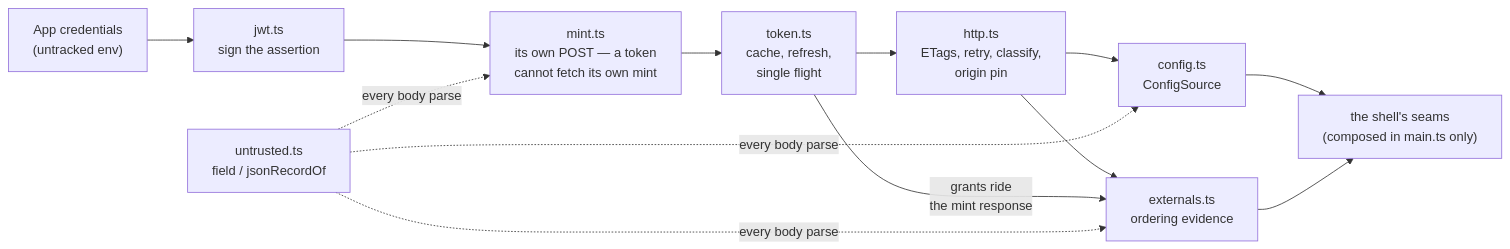
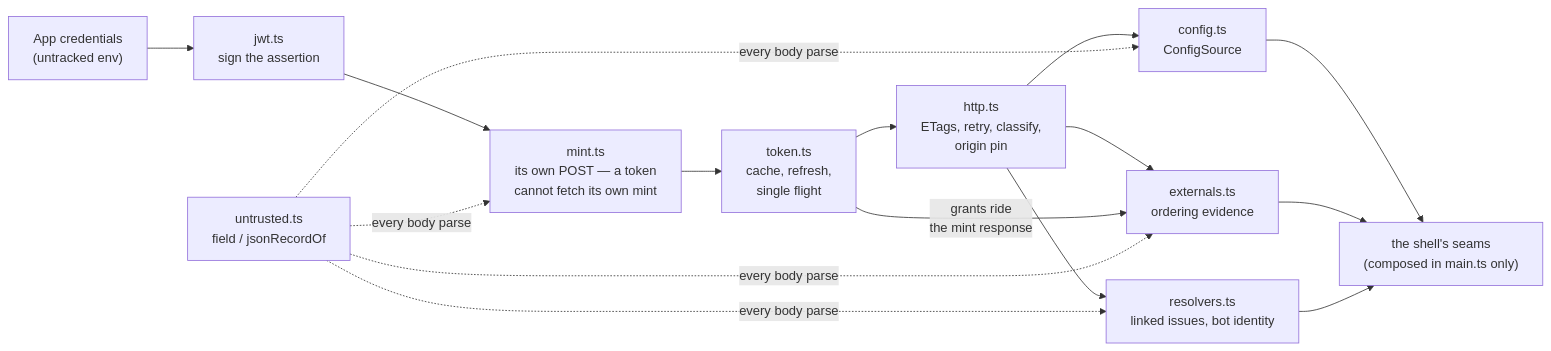
One commit to cheese-cakee/sdk-automations changed the diagram in packages/adapter/README.md. Above: the diagram before and after it, drawn with Mermaid. The commit also changed other lines of this file and 12 other files, not shown here.

````diff
--- a/packages/adapter/README.md
+++ b/packages/adapter/README.md
@@ -13,13 +13,15 @@
 ```mermaid
 flowchart LR
     CRED["App credentials\n(untracked env)"] --> JWT["jwt.ts\nsign the assertion"]
     JWT --> MINT["mint.ts\nits own POST — a token\ncannot fetch its own mint"]
     MINT --> TOK["token.ts\ncache, refresh,\nsingle flight"]
     TOK --> HTTP["http.ts\nETags, retry, classify,\norigin pin"]
     HTTP --> CFG["config.ts\nConfigSource"]
     HTTP --> EXT["externals.ts\nordering evidence"]
+    HTTP --> RES["resolvers.ts\nlinked issues, bot identity"]
     TOK -->|"grants ride\nthe mint response"| EXT
-    UNT["untrusted.ts\nfield / jsonRecordOf"] -.->|"every body parse"| MINT & CFG & EXT
+    UNT["untrusted.ts\nfield / jsonRecordOf"] -.->|"every body parse"| MINT & CFG & EXT & RES
     CFG --> SHELL["the shell's seams\n(composed in main.ts only)"]
     EXT --> SHELL
+    RES --> SHELL
 ```
````
